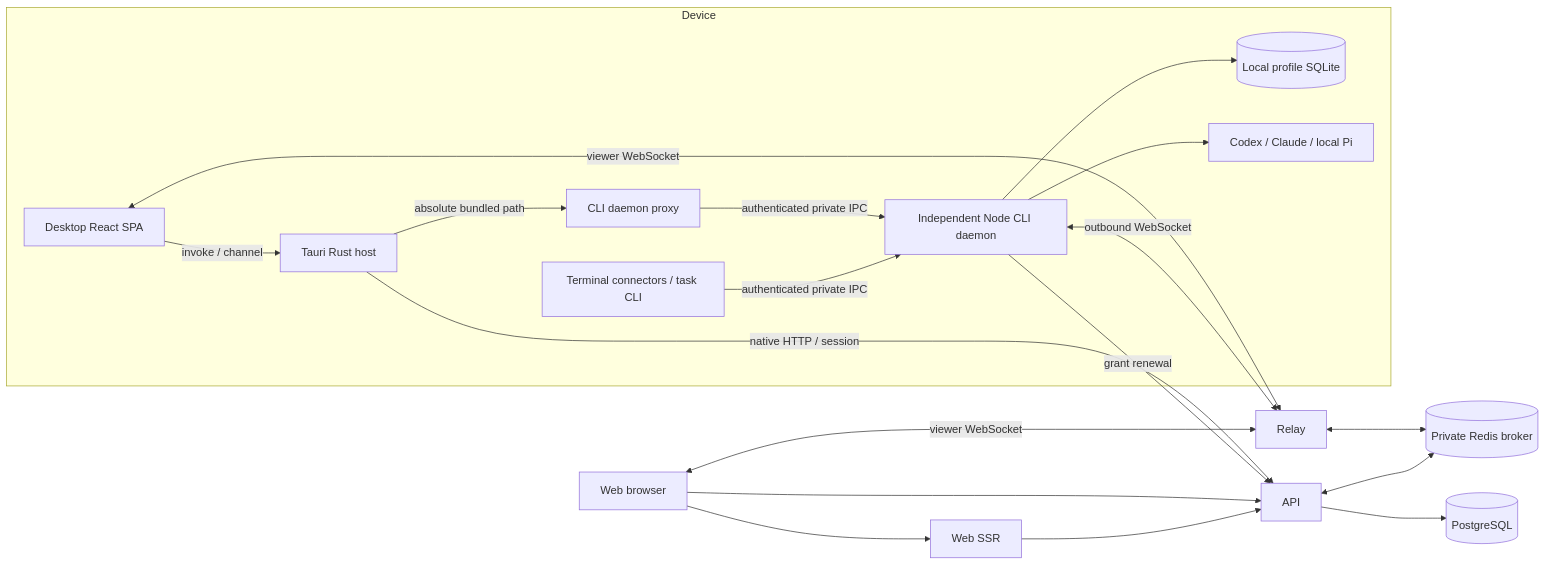
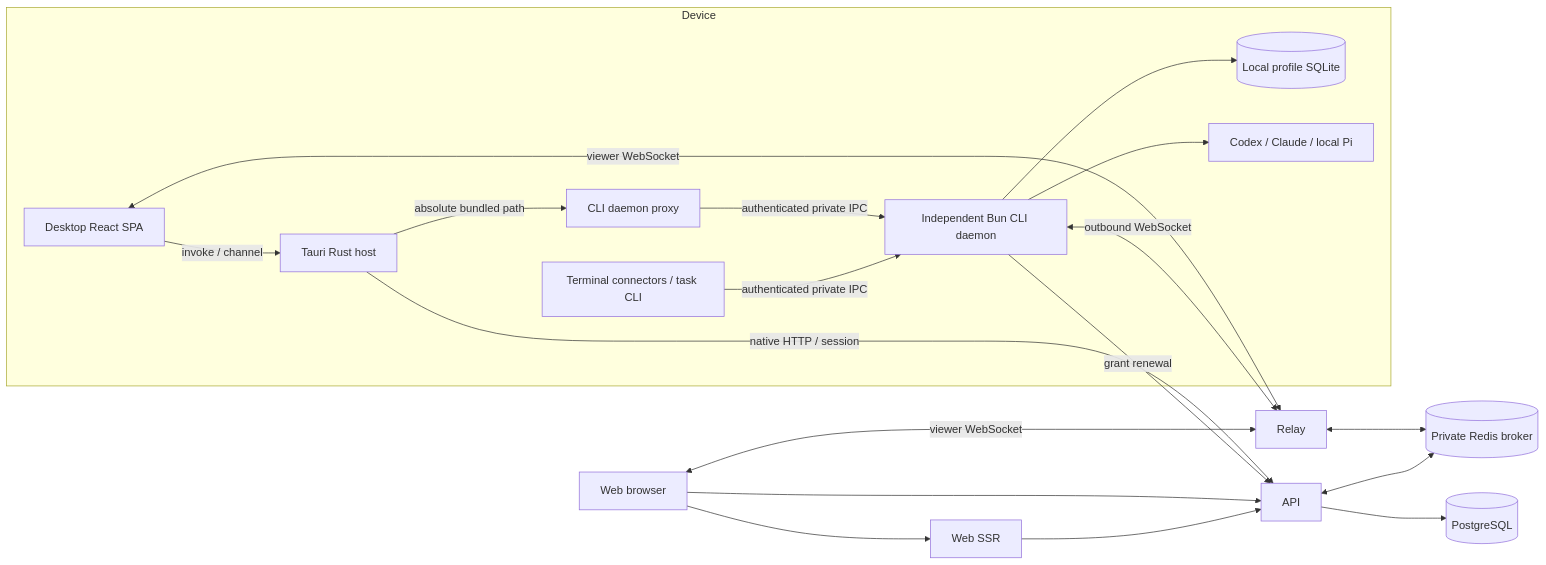
One commit to raypx/raypx changed the diagram in docs/architecture/README.md. Above: the diagram before and after it, drawn with Mermaid. The commit also changed other lines of this file and 413 other files, not shown here.

Commit message:
feat: adopt Bun runtime and compiled CLI with Tauri desktop

````diff
--- a/docs/architecture/README.md
+++ b/docs/architecture/README.md
@@ -35,22 +32,22 @@
 ```mermaid
 flowchart LR
   subgraph Device
     UI[Desktop React SPA] -->|invoke / channel| Native[Tauri Rust host]
     Native -->|absolute bundled path| Proxy[CLI daemon proxy]
-    Proxy -->|authenticated private IPC| Daemon[Independent Node CLI daemon]
+    Proxy -->|authenticated private IPC| Daemon[Independent Bun CLI daemon]
     Terminal[Terminal connectors / task CLI] -->|authenticated private IPC| Daemon
     Daemon --> Profile[(Local profile SQLite)]
     Daemon --> Providers[Codex / Claude / local Pi]
   end
   Browser[Web browser] --> Web[Web SSR]
   Browser --> API[API]
   Web --> API
   Browser <-->|viewer WebSocket| Relay[Relay]
   UI <-->|viewer WebSocket| Relay
   Daemon <-->|outbound WebSocket| Relay
   Native -->|native HTTP / session| API
   Daemon -->|grant renewal| API
   Relay <--> Redis[(Private Redis broker)]
   API <--> Redis
   API --> PG[(PostgreSQL)]
 ```
````
